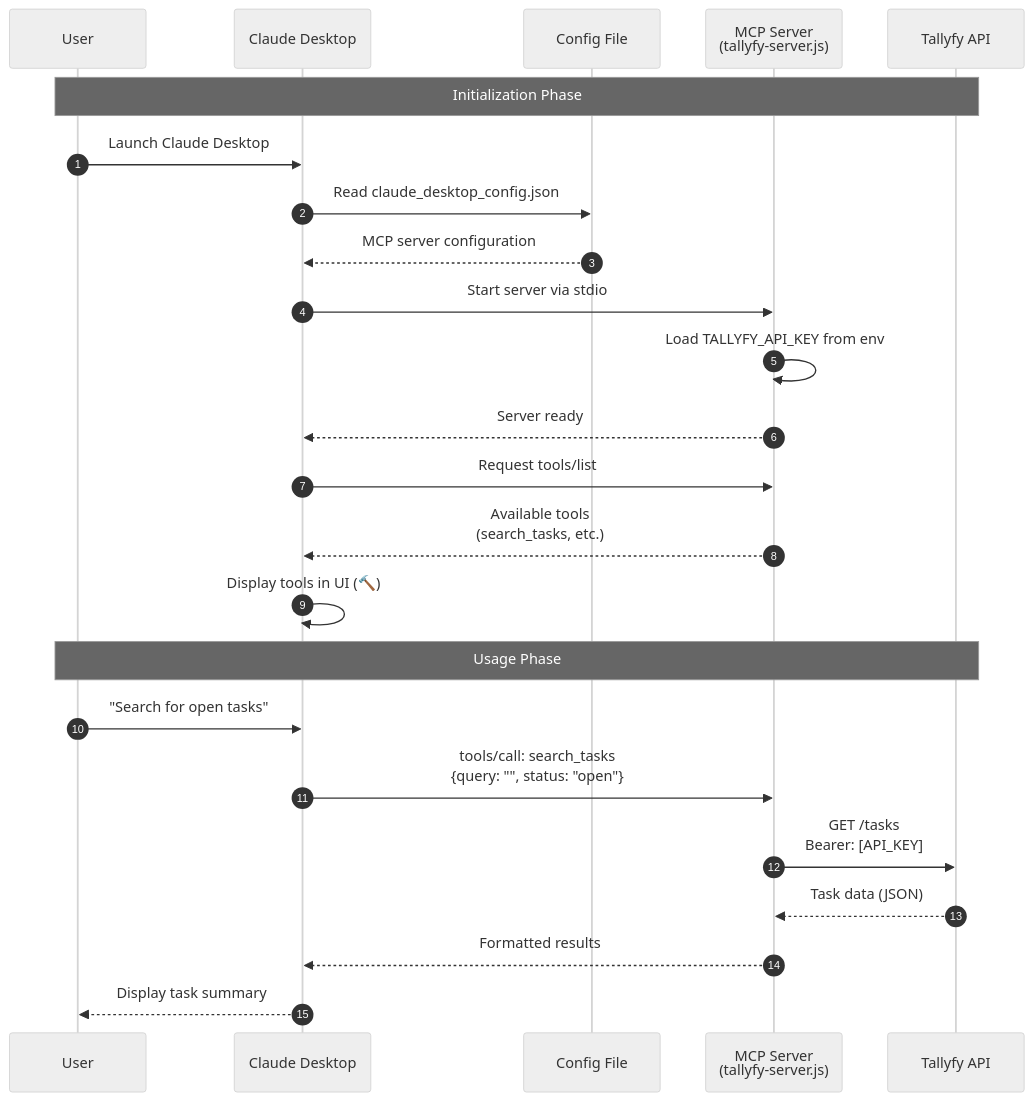
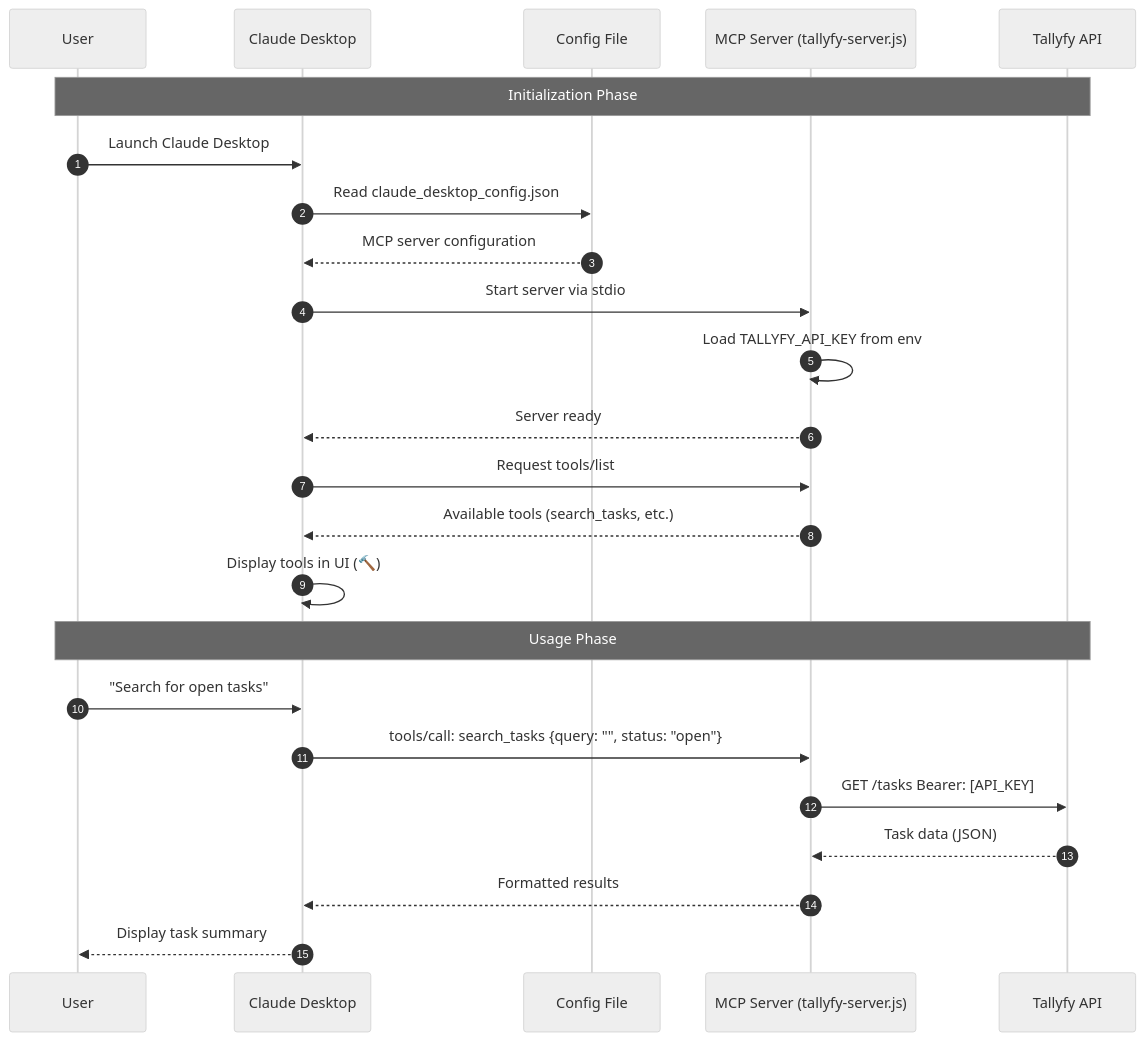
The diagram in src/content/docs/pro/integrations/mcp-server/claude-anthropic/index.mdx (tallyfy/documentation), drawn with Mermaid (neutral theme) before and after one commit. The commit also changed 46 other files, not shown here.

Commit message:
Update Mermaid notation

````diff
--- a/src/content/docs/pro/integrations/mcp-server/claude-anthropic/index.mdx
+++ b/src/content/docs/pro/integrations/mcp-server/claude-anthropic/index.mdx
@@ -42,31 +42,31 @@
 ```mermaid
 sequenceDiagram
-    autonumber
-    participant User
-    participant Claude as Claude Desktop
-    participant Config as Config File
-    participant MCP as MCP Server<br/>(tallyfy-server.js)
-    participant API as Tallyfy API
-    
-    Note over User,API: Initialization Phase
-    
-    User->>Claude: Launch Claude Desktop
-    Claude->>Config: Read claude_desktop_config.json
-    Config-->>Claude: MCP server configuration
-    Claude->>MCP: Start server via stdio
-    MCP->>MCP: Load TALLYFY_API_KEY from env
-    MCP-->>Claude: Server ready
-    
-    Claude->>MCP: Request tools/list
-    MCP-->>Claude: Available tools<br/>(search_tasks, etc.)
-    Claude->>Claude: Display tools in UI (🔨)
-    
-    Note over User,API: Usage Phase
-    
-    User->>Claude: "Search for open tasks"
-    Claude->>MCP: tools/call: search_tasks<br/>{query: "", status: "open"}
-    MCP->>API: GET /tasks<br/>Bearer: [API_KEY]
-    API-->>MCP: Task data (JSON)
-    MCP-->>Claude: Formatted results
-    Claude-->>User: Display task summary
+ autonumber
+ participant User
+ participant Claude as Claude Desktop
+ participant Config as Config File
+ participant MCP as MCP Server (tallyfy-server.js)
+ participant API as Tallyfy API
+ 
+ Note over User,API: Initialization Phase
+ 
+ User->>Claude: Launch Claude Desktop
+ Claude->>Config: Read claude_desktop_config.json
+ Config-->>Claude: MCP server configuration
+ Claude->>MCP: Start server via stdio
+ MCP->>MCP: Load TALLYFY_API_KEY from env
+ MCP-->>Claude: Server ready
+ 
+ Claude->>MCP: Request tools/list
+ MCP-->>Claude: Available tools (search_tasks, etc.)
+ Claude->>Claude: Display tools in UI (🔨)
+ 
+ Note over User,API: Usage Phase
+ 
+ User->>Claude: "Search for open tasks"
+ Claude->>MCP: tools/call: search_tasks {query: "", status: "open"}
+ MCP->>API: GET /tasks Bearer: [API_KEY]
+ API-->>MCP: Task data (JSON)
+ MCP-->>Claude: Formatted results
+ Claude-->>User: Display task summary
 ```
````
